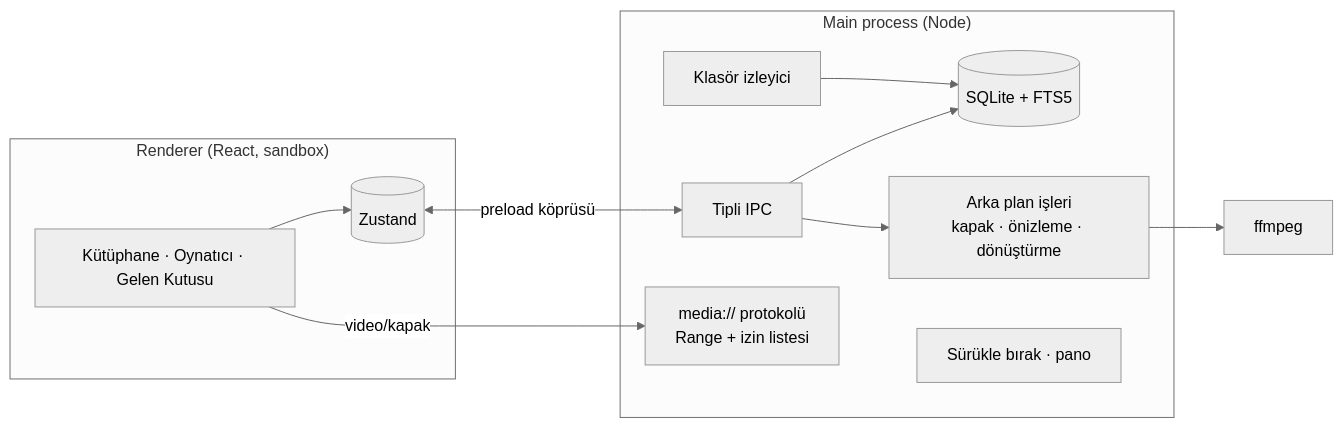
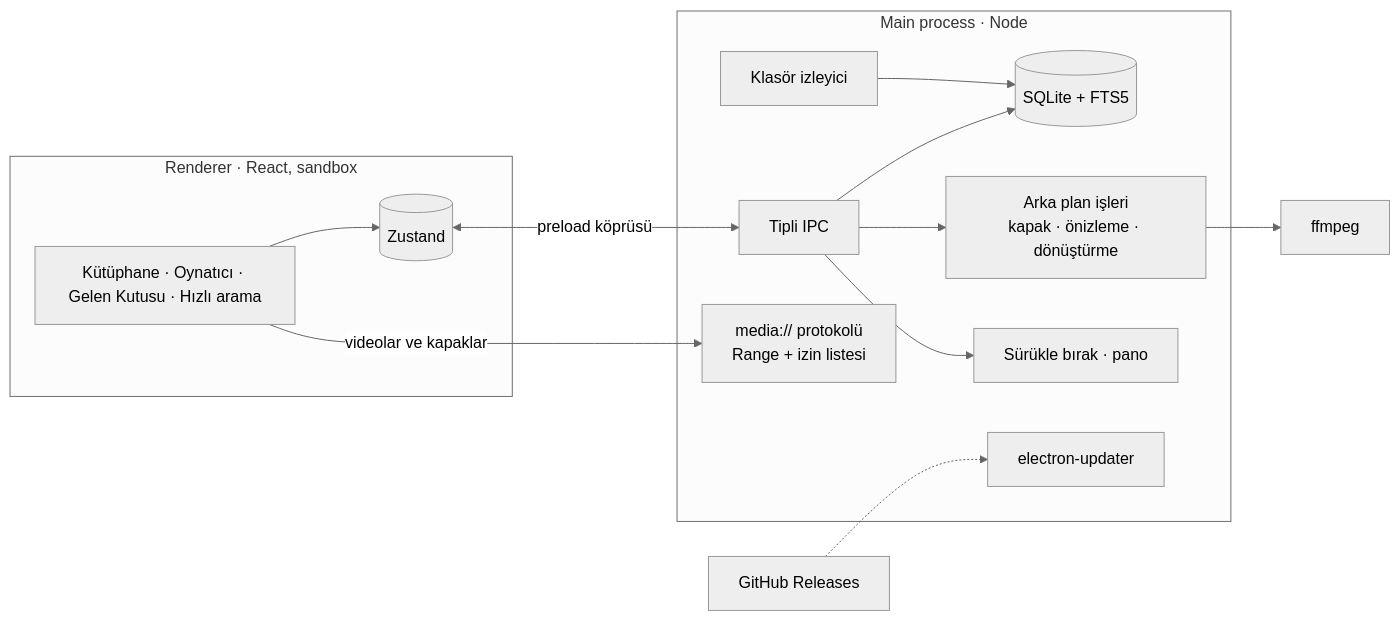
Before and after one commit to Enver-Onur-Cogalan/meme-file: the diagram in README.tr.md, drawn with Mermaid (neutral theme). The commit also changed other lines of this file and 8 other files, not shown here.

````diff
--- a/README.tr.md
+++ b/README.tr.md
@@ -78,16 +131,19 @@
 ```mermaid
 flowchart LR
-  subgraph Renderer["Renderer (React, sandbox)"]
-    UI[Kütüphane · Oynatıcı · Gelen Kutusu] --> Store[(Zustand)]
+  subgraph Renderer["Renderer · React, sandbox"]
+    UI["Kütüphane · Oynatıcı · Gelen Kutusu · Hızlı arama"] --> Store[("Zustand")]
   end
-  subgraph Main["Main process (Node)"]
-    IPC[Tipli IPC] --> Repo[(SQLite + FTS5)]
-    IPC --> Jobs[Arka plan işleri<br/>kapak · önizleme · dönüştürme]
-    Watch[Klasör izleyici] --> Repo
+  subgraph Main["Main process · Node"]
+    IPC["Tipli IPC"] --> Repo[("SQLite + FTS5")]
+    IPC --> Jobs["Arka plan işleri<br/>kapak · önizleme · dönüştürme"]
+    Watch["Klasör izleyici"] --> Repo
     Proto["media:// protokolü<br/>Range + izin listesi"]
-    Share[Sürükle bırak · pano]
+    Share["Sürükle bırak · pano"]
+    Updater["electron-updater"]
   end
-  Store <-- preload köprüsü --> IPC
-  UI -- video/kapak --> Proto
-  Jobs --> FF[ffmpeg]
+  Store <-->|preload köprüsü| IPC
+  UI -->|videolar ve kapaklar| Proto
+  IPC --> Share
+  Jobs --> FF["ffmpeg"]
+  Releases["GitHub Releases"] -.-> Updater
 ```
````
